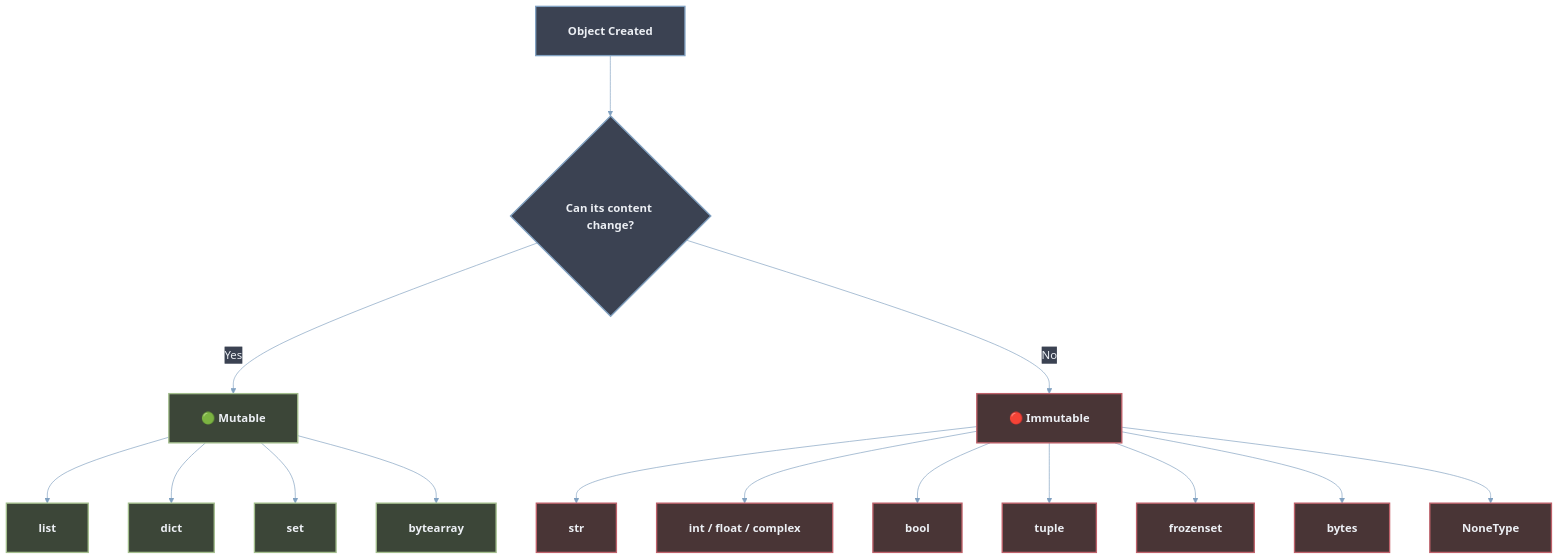
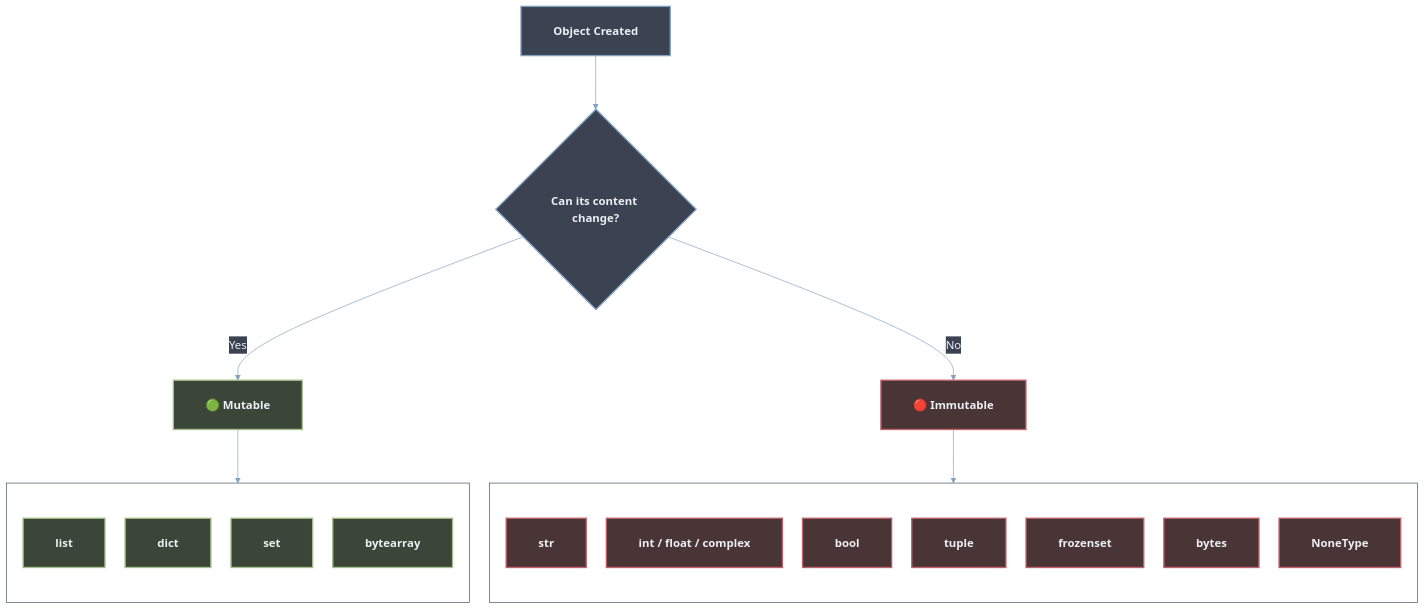
The eighth of 9 diagrams in 01_ Python_For_ Agentic_ Ai/01 Data types/Readme.md (maliksiddiq/learning-agentic-ai), drawn with Mermaid before and after one commit. The commit also changed other lines of this file, not shown here.

````diff
--- a/01_ Python_For_ Agentic_ Ai/01 Data types/Readme.md
+++ b/01_ Python_For_ Agentic_ Ai/01 Data types/Readme.md
@@ -612,27 +672,38 @@
 ```mermaid
-%%{init: {'theme': 'base', 'themeVariables': {'background': '#2E3440', 'primaryColor': '#3B4252', 'primaryTextColor': '#ECEFF4', 'primaryBorderColor': '#81A1C1', 'lineColor': '#81A1C1', 'edgeLabelBackground': '#3B4252', 'fontSize': '17px', 'fontFamily': 'Segoe UI, Arial, sans-serif'}, 'flowchart': {'useMaxWidth': true, 'htmlLabels': true, 'nodeSpacing': 60, 'rankSpacing': 90, 'curve': 'basis', 'padding': 24}} }%%
+%%{init: {'theme': 'base', 'themeVariables': {'background': '#2E3440', 'primaryColor': '#3B4252', 'primaryTextColor': '#ECEFF4', 'primaryBorderColor': '#81A1C1', 'lineColor': '#81A1C1', 'edgeLabelBackground': '#3B4252', 'fontSize': '17px', 'fontFamily': 'Segoe UI, Arial, sans-serif'}, 'flowchart': {'useMaxWidth': true, 'htmlLabels': true, 'nodeSpacing': 30, 'rankSpacing': 80, 'curve': 'basis', 'padding': 24}} }%%
 flowchart TD
     A["Object Created"] --> B{"Can its content change?"}
     B -->|Yes| M["🟢 Mutable"]
     B -->|No| I["🔴 Immutable"]
 
-    M --> M1["list"]
-    M --> M2["dict"]
-    M --> M3["set"]
-    M --> M4["bytearray"]
+    subgraph MUTG[ ]
+    direction TB
+        M1["list"]
+        M2["dict"]
+        M3["set"]
+        M4["bytearray"]
+    end
 
-    I --> I1["str"]
-    I --> I2["int / float / complex"]
-    I --> I3["bool"]
-    I --> I4["tuple"]
-    I --> I5["frozenset"]
-    I --> I6["bytes"]
-    I --> I7["NoneType"]
+    subgraph IMMG[ ]
+    direction TB
+        I1["str"]
+        I2["int / float / complex"]
+        I3["bool"]
+        I4["tuple"]
+        I5["frozenset"]
+        I6["bytes"]
+        I7["NoneType"]
+    end
+
+    M --> MUTG
+    I --> IMMG
 
     classDef decision fill:#3B4252,color:#ECEFF4,stroke:#81A1C1,stroke-width:2px,font-weight:600
     classDef mut fill:#3C4638,color:#ECEFF4,stroke:#A3BE8C,stroke-width:2px,font-weight:600
     classDef imm fill:#493536,color:#ECEFF4,stroke:#BF616A,stroke-width:2px,font-weight:600
+    classDef grp fill:transparent,stroke:#434C5E,stroke-width:1px
     class A,B decision
     class M,M1,M2,M3,M4 mut
     class I,I1,I2,I3,I4,I5,I6,I7 imm
+    class MUTG,IMMG grp
 ```
````
